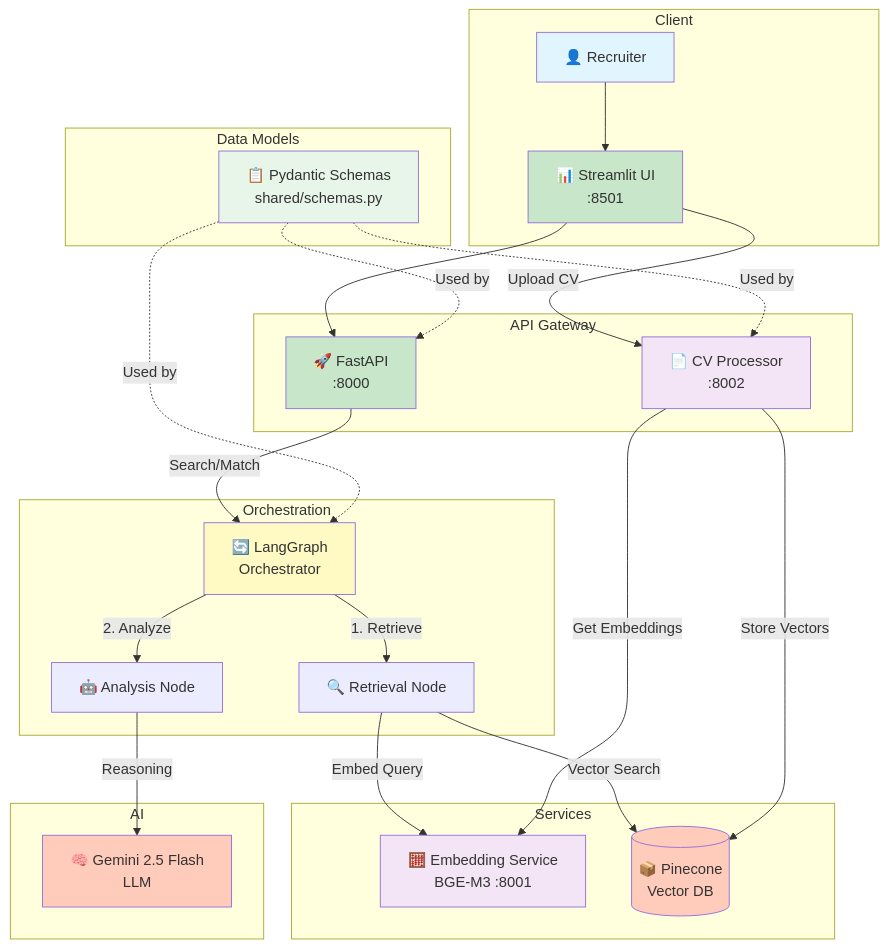
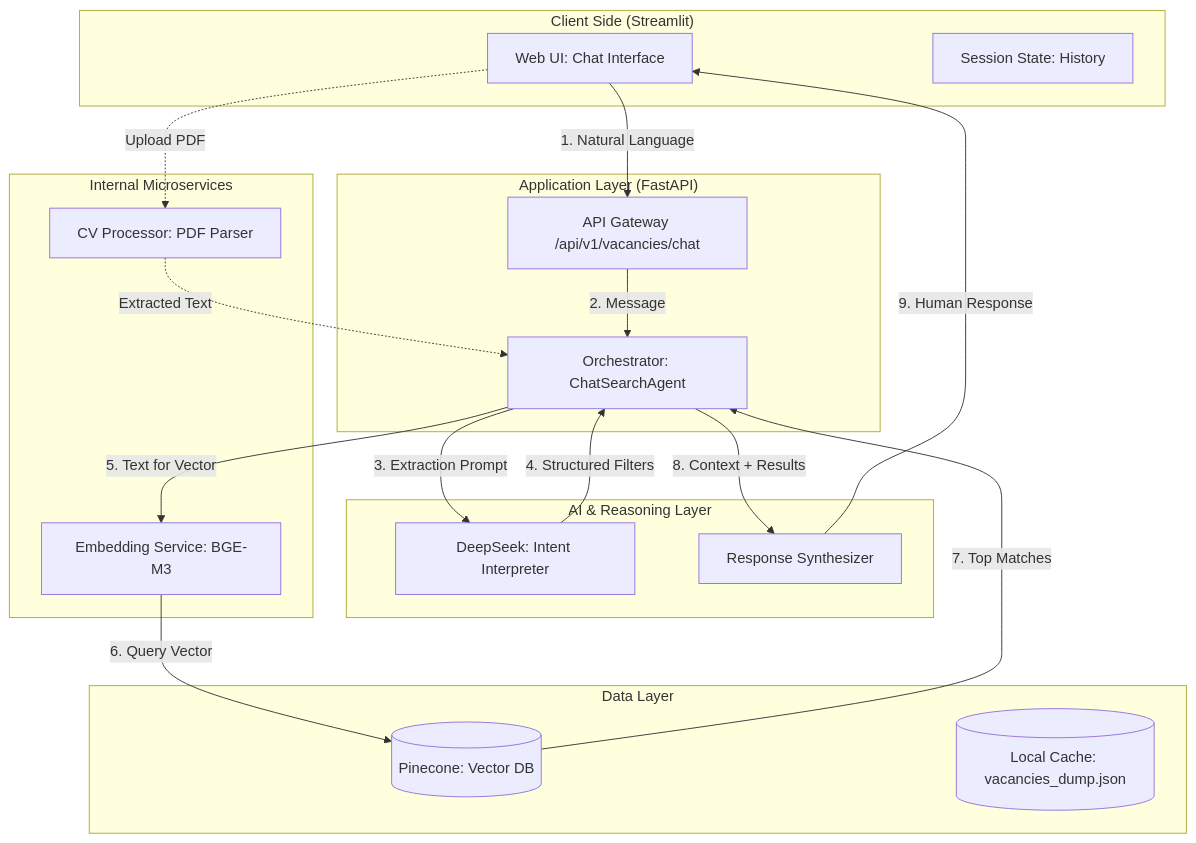
The diagram in README.md (kkonst-bond-edu/funds-search), drawn with Mermaid before and after one commit. The commit also changed other lines of this file, not shown here.

Commit message:
Update README with streamlined conversational multi-agent architecture docs

````diff
--- a/README.md
+++ b/README.md
@@ -62,45 +45,42 @@
 ```mermaid
-graph TB
-    subgraph "Client"
-        User[👤 Recruiter] --> WebUI[📊 Streamlit UI<br/>:8501]
+graph TD
+    subgraph "Client Side (Streamlit)"
+        UI[Web UI: Chat Interface]
+        SS[Session State: History]
     end
-    
-    subgraph "API Gateway"
-        WebUI --> API[🚀 FastAPI<br/>:8000]
-        WebUI -->|Upload CV| CVProc[📄 CV Processor<br/>:8002]
+
+    subgraph "Application Layer (FastAPI)"
+        ORC[Orchestrator: ChatSearchAgent]
+        API[API Gateway /api/v1/vacancies/chat]
     end
-    
-    subgraph "Orchestration"
-        API -->|Search/Match| Orch[🔄 LangGraph<br/>Orchestrator]
-        Orch -->|1. Retrieve| RetNode[🔍 Retrieval Node]
-        Orch -->|2. Analyze| AnaNode[🤖 Analysis Node]
+
+    subgraph "AI & Reasoning Layer"
+        LLM[DeepSeek: Intent Interpreter]
+        RS[Response Synthesizer]
     end
-    
-    subgraph "Services"
-        RetNode -->|Embed Query| EmbSvc[🧮 Embedding Service<br/>BGE-M3 :8001]
-        RetNode -->|Vector Search| PC[(📦 Pinecone<br/>Vector DB)]
-        CVProc -->|Get Embeddings| EmbSvc
-        CVProc -->|Store Vectors| PC
+
+    subgraph "Internal Microservices"
+        EMB[Embedding Service: BGE-M3]
+        CV[CV Processor: PDF Parser]
     end
-    
-    subgraph "AI"
-        AnaNode -->|Reasoning| Gemini[🧠 Gemini 2.5 Flash<br/>LLM]
+
+    subgraph "Data Layer"
+        PC[(Pinecone: Vector DB)]
+        JSON[(Local Cache: vacancies_dump.json)]
     end
-    
-    subgraph "Data Models"
-        Schemas[📋 Pydantic Schemas<br/>shared/schemas.py]
-        Schemas -.->|Used by| API
-        Schemas -.->|Used by| Orch
-        Schemas -.->|Used by| CVProc
-    end
-    
-    style User fill:#e1f5ff
-    style WebUI fill:#c8e6c9
-    style API fill:#c8e6c9
-    style Orch fill:#fff9c4
-    style EmbSvc fill:#f3e5f5
-    style CVProc fill:#f3e5f5
-    style PC fill:#ffccbc
-    style Gemini fill:#ffccbc
-    style Schemas fill:#e8f5e9
+
+    %% Flow: User Query
+    UI -->|1. Natural Language| API
+    API -->|2. Message| ORC
+    ORC -->|3. Extraction Prompt| LLM
+    LLM -->|4. Structured Filters| ORC
+    ORC -->|5. Text for Vector| EMB
+    EMB -->|6. Query Vector| PC
+    PC -->|7. Top Matches| ORC
+    ORC -->|8. Context + Results| RS
+    RS -->|9. Human Response| UI
+
+    %% Future CV Flow
+    UI -.->|Upload PDF| CV
+    CV -.->|Extracted Text| ORC
 ```
````
